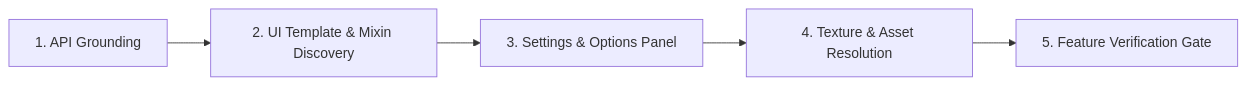
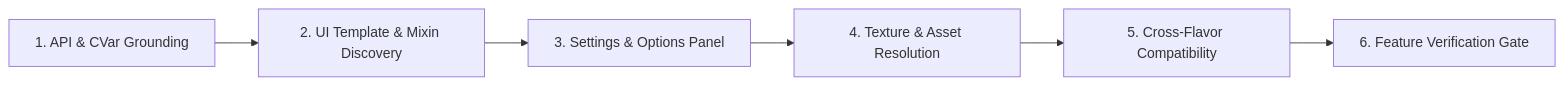
The diagram in plugins/wow/skills/wow-addon-feature/SKILL.md (lucienve/hated-wow-mcp), drawn with Mermaid before and after one commit. The commit also changed other lines of this file and 8 other files, not shown here.

````diff
--- a/plugins/wow/skills/wow-addon-feature/SKILL.md
+++ b/plugins/wow/skills/wow-addon-feature/SKILL.md
@@ -27,7 +39,8 @@
 ```mermaid
 flowchart LR
-    A["1. API Grounding"] --> B["2. UI Template & Mixin Discovery"]
+    A["1. API & CVar Grounding"] --> B["2. UI Template & Mixin Discovery"]
     B --> C["3. Settings & Options Panel"]
     C --> D["4. Texture & Asset Resolution"]
-    D --> E["5. Feature Verification Gate"]
+    D --> E["5. Cross-Flavor Compatibility"]
+    E --> F["6. Feature Verification Gate"]
 ```
````
